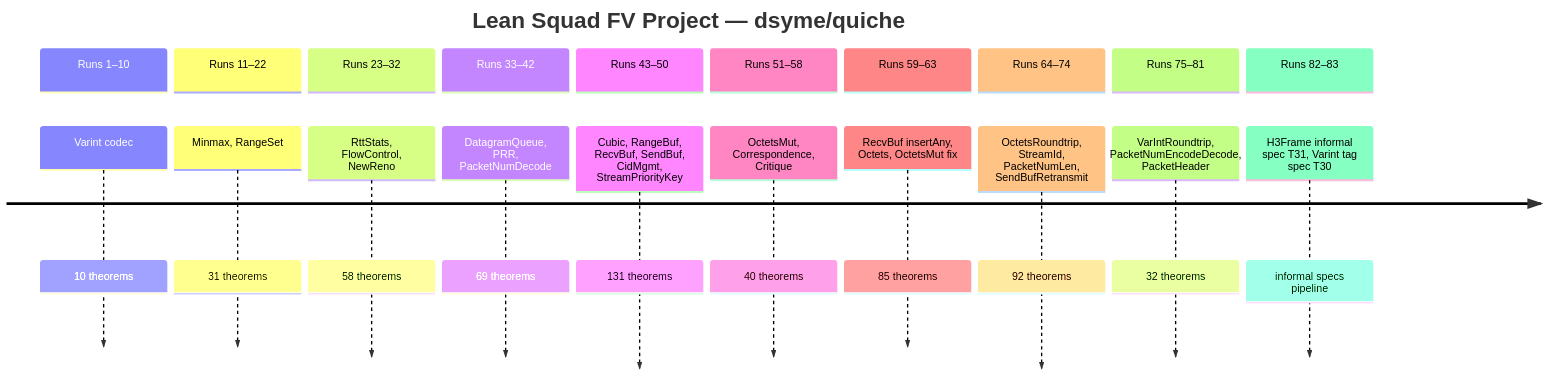
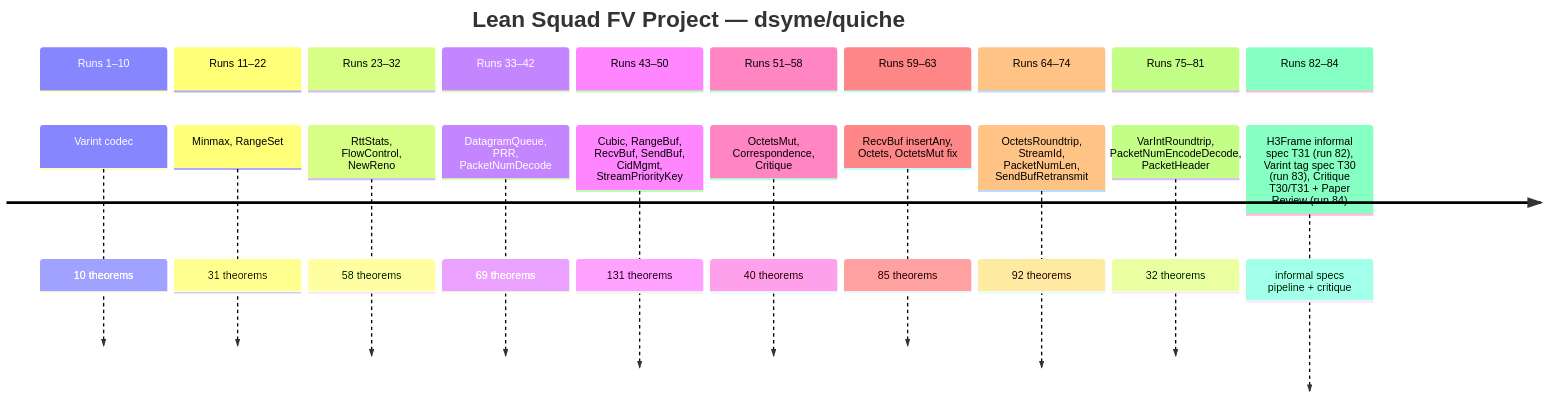
One commit to dsyme/quiche changed the seventh of 7 diagrams in formal-verification/REPORT.md. Above: the diagram before and after it, drawn with Mermaid. The commit also changed other lines of this file and 1 other file, not shown here.

````diff
--- a/formal-verification/REPORT.md
+++ b/formal-verification/REPORT.md
@@ -320,24 +324,24 @@
 ```mermaid
 timeline
     title Lean Squad FV Project — dsyme/quiche
     section Runs 1–10
         Varint codec : 10 theorems
     section Runs 11–22
         Minmax, RangeSet : 31 theorems
     section Runs 23–32
         RttStats, FlowControl, NewReno : 58 theorems
     section Runs 33–42
         DatagramQueue, PRR, PacketNumDecode : 69 theorems
     section Runs 43–50
         Cubic, RangeBuf, RecvBuf, SendBuf, CidMgmt, StreamPriorityKey : 131 theorems
     section Runs 51–58
         OctetsMut, Correspondence, Critique : 40 theorems
     section Runs 59–63
         RecvBuf insertAny, Octets, OctetsMut fix : 85 theorems
     section Runs 64–74
         OctetsRoundtrip, StreamId, PacketNumLen, SendBufRetransmit : 92 theorems
     section Runs 75–81
         VarIntRoundtrip, PacketNumEncodeDecode, PacketHeader : 32 theorems
-    section Runs 82–83
-        H3Frame informal spec T31, Varint tag spec T30 : informal specs pipeline
+    section Runs 82–84
+        H3Frame informal spec T31 (run 82), Varint tag spec T30 (run 83), Critique T30/T31 + Paper Review (run 84) : informal specs pipeline + critique
 ```
````
